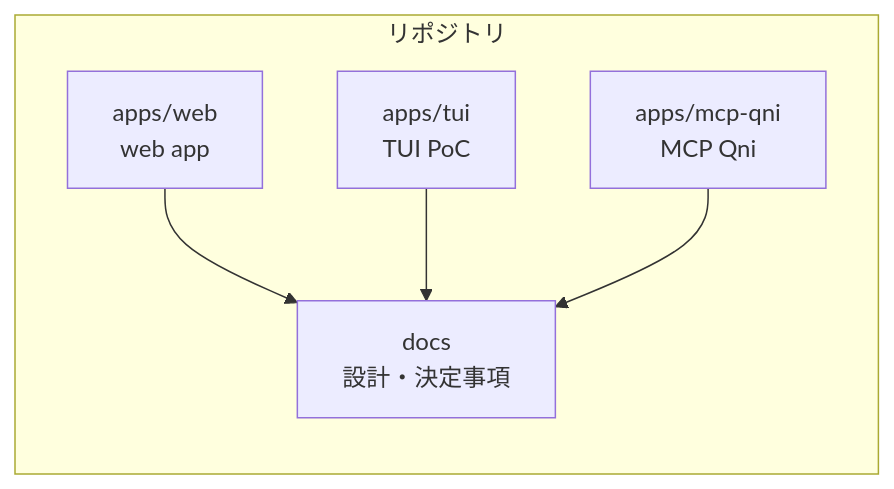
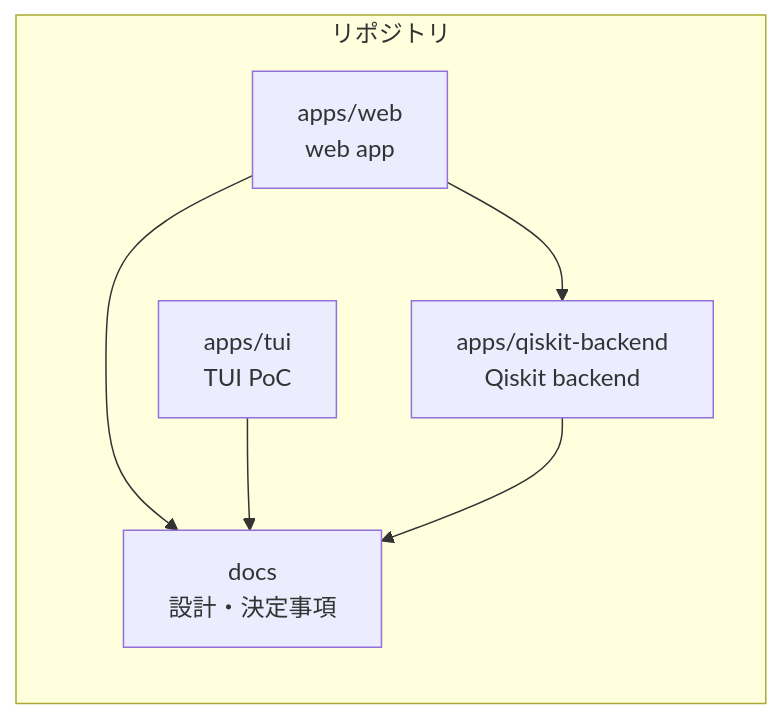
The first of 4 diagrams in docs/architecture.md (qniapp/qni-webgpu), drawn with Mermaid before and after one commit. The commit also changed other lines of this file and 29 other files, not shown here.

Commit message:
Remove unused MCP Qni app

````diff
--- a/docs/architecture.md
+++ b/docs/architecture.md
@@ -14,12 +14,13 @@
 ```mermaid
 flowchart LR
   subgraph repo[リポジトリ]
     web[apps/web<br/>web app]
     tui[apps/tui<br/>TUI PoC]
-    mcp[apps/mcp-qni<br/>MCP Qni]
+    backend[apps/qiskit-backend<br/>Qiskit backend]
     docs[docs<br/>設計・決定事項]
   end
+  web --> backend
   web --> docs
   tui --> docs
-  mcp --> docs
+  backend --> docs
 ```
````
